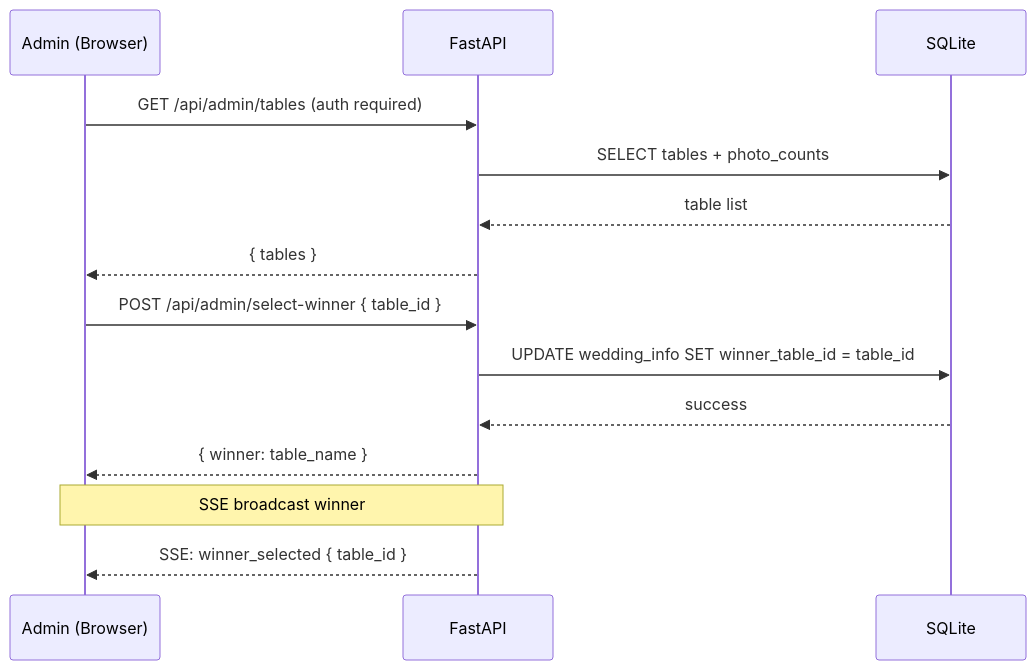
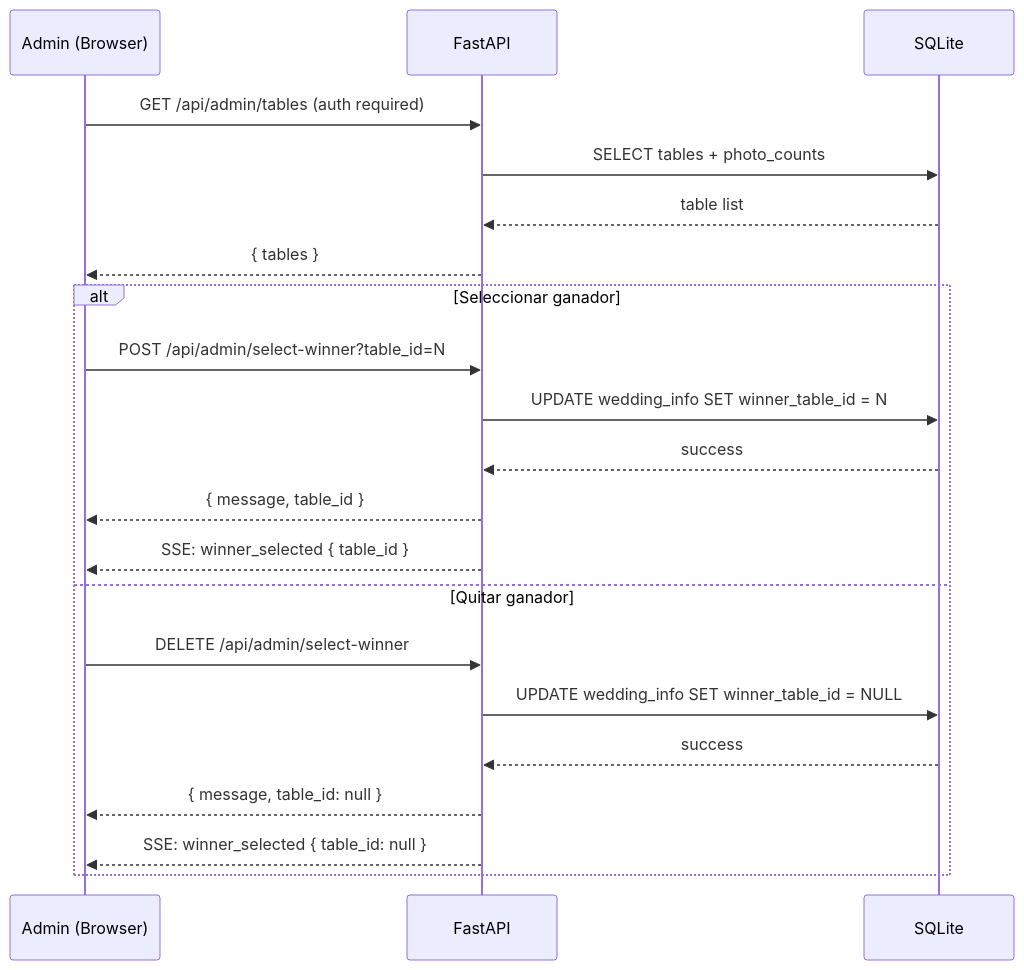
The eighth of 12 diagrams in README.md (juniornff/wedding-photo-manager), drawn with Mermaid before and after one commit. The commit also changed other lines of this file and 3 other files, not shown here.

````diff
--- a/README.md
+++ b/README.md
@@ -319,18 +349,25 @@
 ```mermaid
 sequenceDiagram
     participant A as Admin (Browser)
     participant API as FastAPI
     participant DB as SQLite
 
     A->>API: GET /api/admin/tables (auth required)
     API->>DB: SELECT tables + photo_counts
     DB-->>API: table list
     API-->>A: { tables }
 
-    A->>API: POST /api/admin/select-winner { table_id }
-    API->>DB: UPDATE wedding_info SET winner_table_id = table_id
-    DB-->>API: success
-    API-->>A: { winner: table_name }
-    Note over A,API: SSE broadcast winner
-    API-->>A: SSE: winner_selected { table_id }
+    alt Seleccionar ganador
+        A->>API: POST /api/admin/select-winner?table_id=N
+        API->>DB: UPDATE wedding_info SET winner_table_id = N
+        DB-->>API: success
+        API-->>A: { message, table_id }
+        API-->>A: SSE: winner_selected { table_id }
+    else Quitar ganador
+        A->>API: DELETE /api/admin/select-winner
+        API->>DB: UPDATE wedding_info SET winner_table_id = NULL
+        DB-->>API: success
+        API-->>A: { message, table_id: null }
+        API-->>A: SSE: winner_selected { table_id: null }
+    end
 ```
````
